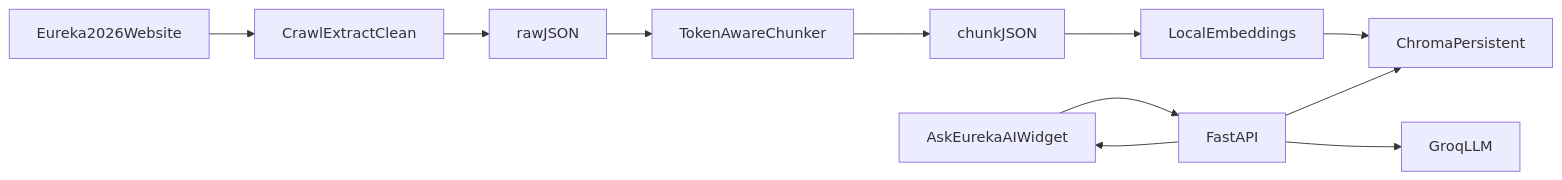
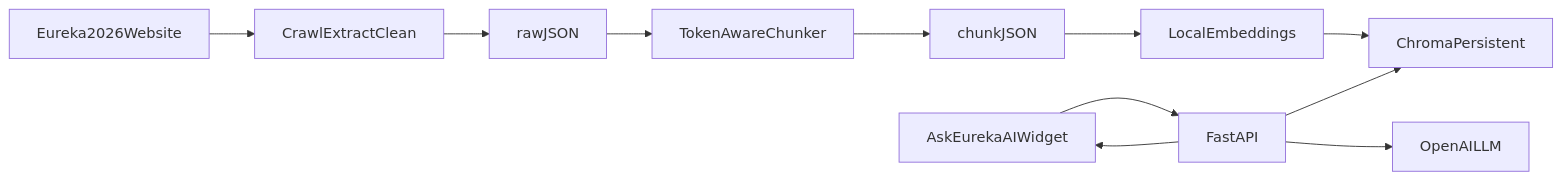
Before and after one commit to biswarupmahato7/EurekaChatBot: the first of 2 diagrams in docs/architecture.md, drawn with Mermaid. The commit also changed other lines of this file and 215 other files, not shown here.

````diff
--- a/docs/architecture.md
+++ b/docs/architecture.md
@@ -63,13 +63,13 @@
 ```mermaid
 flowchart LR
   Website[Eureka2026Website] --> Crawl[CrawlExtractClean]
   Crawl --> RawJSON[rawJSON]
   RawJSON --> Chunker[TokenAwareChunker]
   Chunker --> ChunkJSON[chunkJSON]
   ChunkJSON --> Embed[LocalEmbeddings]
   Embed --> VectorDB[ChromaPersistent]
   Widget[AskEurekaAIWidget] --> API[FastAPI]
   API --> VectorDB
-  API --> Groq[GroqLLM]
+  API --> OpenAI[OpenAILLM]
   API --> Widget
 ```
````
